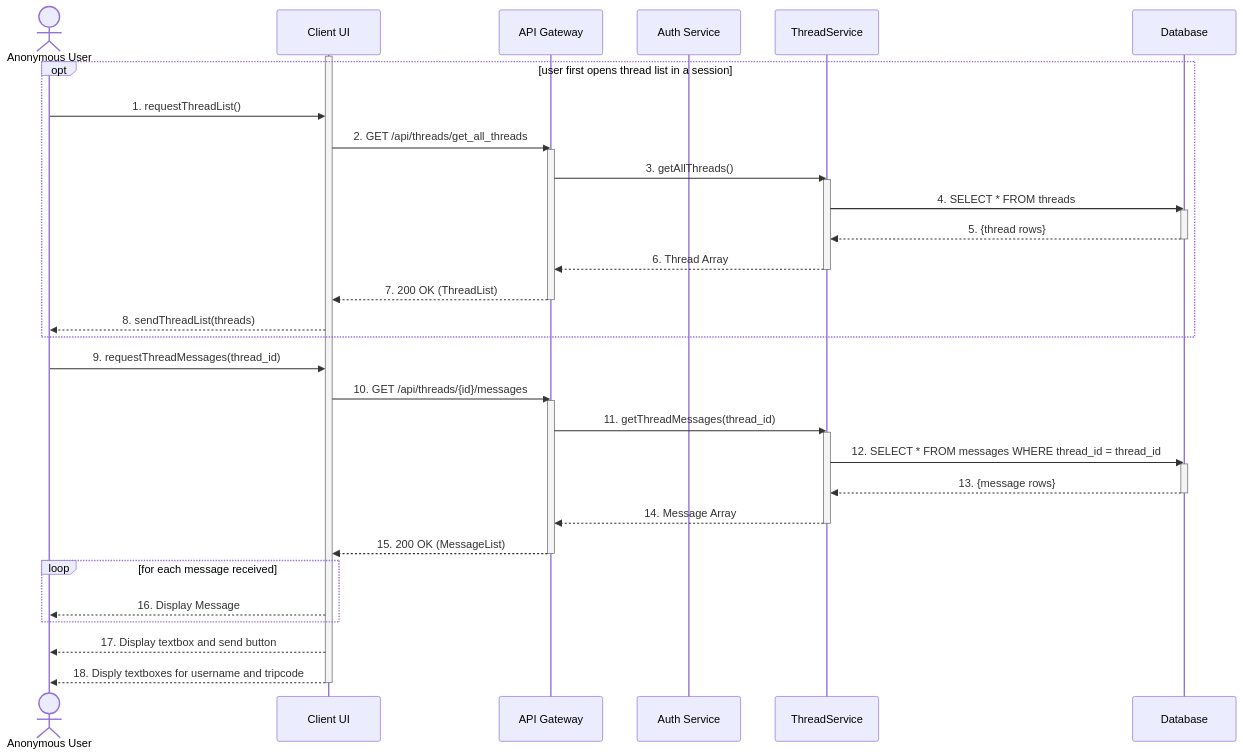
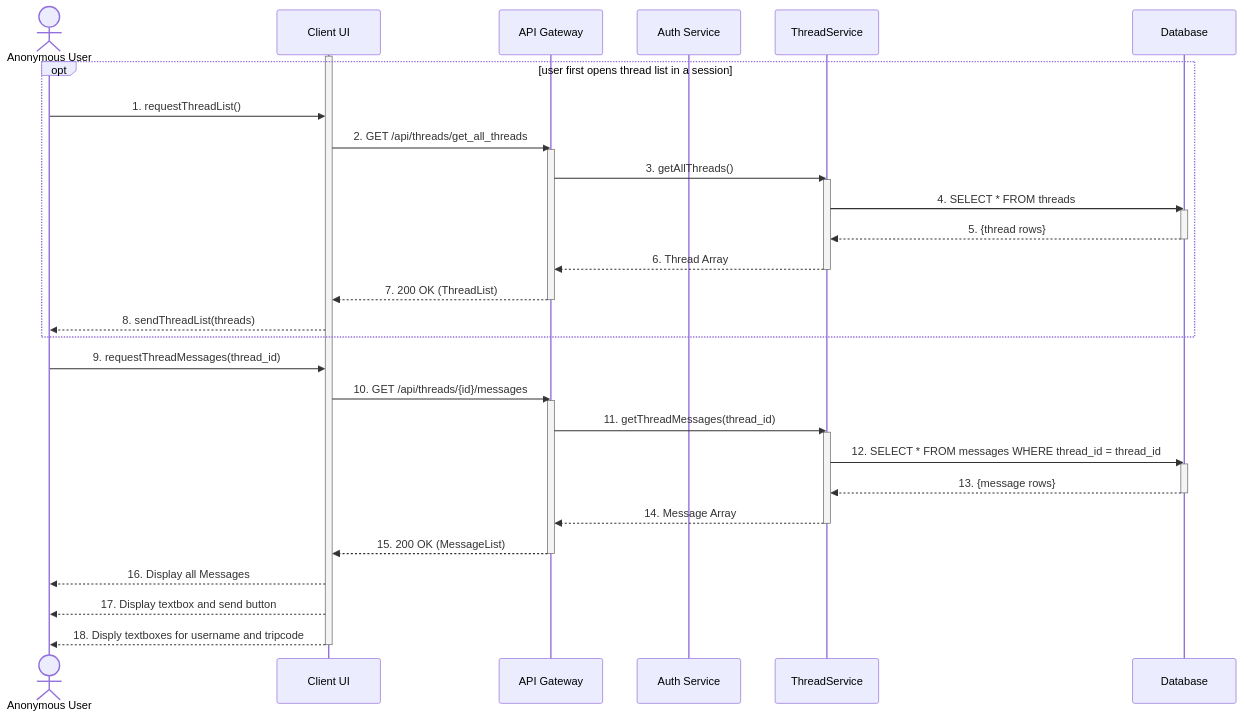
Before and after one commit to GarniyHlopchik/KPI_MAVPA: the diagram in lab3/SCN5.mmd, drawn with Mermaid. The commit also changed 5 other files, not shown here.

```diff
--- a/lab3/SCN5.mmd
+++ b/lab3/SCN5.mmd
@@ -1,53 +1,53 @@
 sequenceDiagram
 
     Actor Anon as Anonymous User
     participant UI as Client UI
     participant API as API Gateway
     participant AS as Auth Service
     participant TS as ThreadService
     participant DB as Database
 
 
     activate UI
 
     opt user first opens thread list in a session
 
     Anon->> UI: 1. requestThreadList()
     UI->>API: 2. GET /api/threads/get_all_threads
     activate API
     API->>TS: 3. getAllThreads()
     activate TS
     TS->>DB: 4. SELECT * FROM threads
     activate DB
     DB-->>TS: 5. {thread rows}
     deactivate DB
     TS-->>API: 6. Thread Array
     deactivate TS
     API-->>UI: 7. 200 OK (ThreadList)
     deactivate API
     UI-->>Anon: 8. sendThreadList(threads)
 
     end
 
     Anon->>UI: 9. requestThreadMessages(thread_id)
     UI->>API: 10. GET /api/threads/{id}/messages
     activate API
     API->>TS: 11. getThreadMessages(thread_id)
     activate TS
     TS->>DB: 12. SELECT * FROM messages WHERE thread_id = thread_id
     activate DB
     DB-->>TS: 13. {message rows}
     deactivate DB
     TS-->>API: 14. Message Array
     deactivate TS
     API-->>UI: 15. 200 OK (MessageList)
     deactivate API
 
-    loop for each message received
-    UI-->>Anon: 16. Display Message
-    end
+
+    UI-->>Anon: 16. Display all Messages
+
 
     UI-->>Anon: 17. Display textbox and send button
     UI-->>Anon: 18. Disply textboxes for username and tripcode
 
     deactivate UI
```
